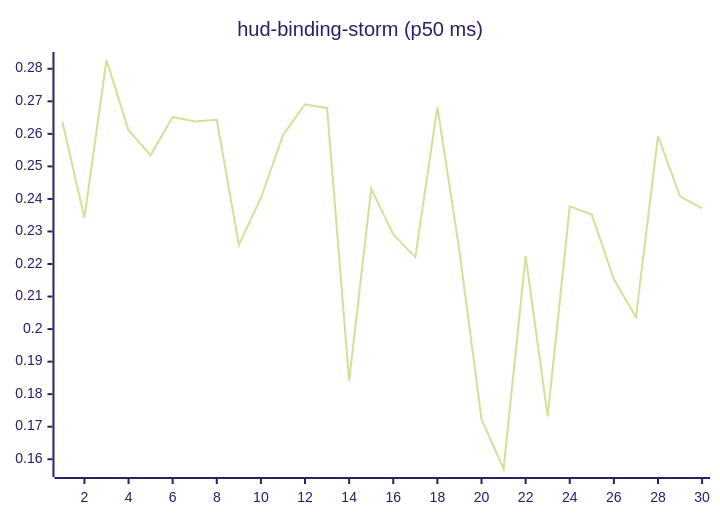
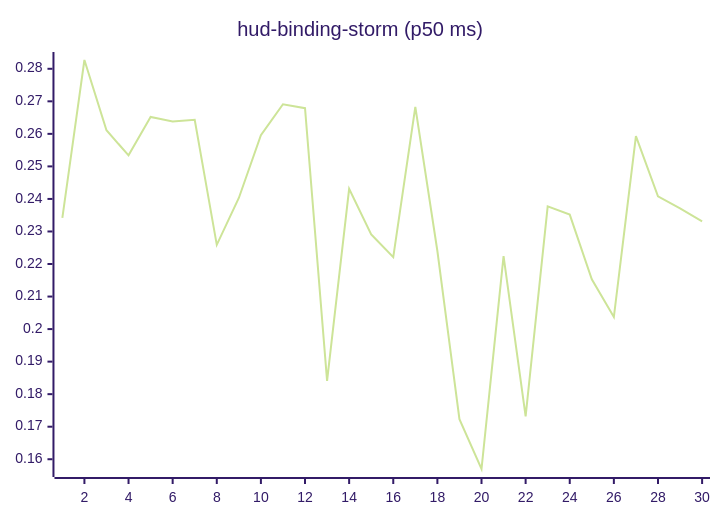
The tenth of 27 diagrams in README.md (josha/Facet), drawn with Mermaid (forest theme) before and after one commit. The commit also changed other lines of this file and 2 other files, not shown here.

````diff
--- a/README.md
+++ b/README.md
@@ -126,6 +126,6 @@
 ```mermaid
 xychart-beta
     title "hud-binding-storm (p50 ms)"
     x-axis 1 --> 30
-    line [0.2637, 0.2342, 0.2827, 0.2611, 0.2534, 0.2652, 0.2638, 0.2643, 0.2259, 0.2403, 0.2596, 0.2691, 0.2679, 0.1841, 0.2431, 0.2291, 0.2221, 0.2683, 0.2240, 0.1723, 0.1570, 0.2224, 0.1732, 0.2377, 0.2352, 0.2153, 0.2037, 0.2593, 0.2408, 0.2371]
+    line [0.2342, 0.2827, 0.2611, 0.2534, 0.2652, 0.2638, 0.2643, 0.2259, 0.2403, 0.2596, 0.2691, 0.2679, 0.1841, 0.2431, 0.2291, 0.2221, 0.2683, 0.2240, 0.1723, 0.1570, 0.2224, 0.1732, 0.2377, 0.2352, 0.2153, 0.2037, 0.2593, 0.2408, 0.2371, 0.2331]
 ```
````
